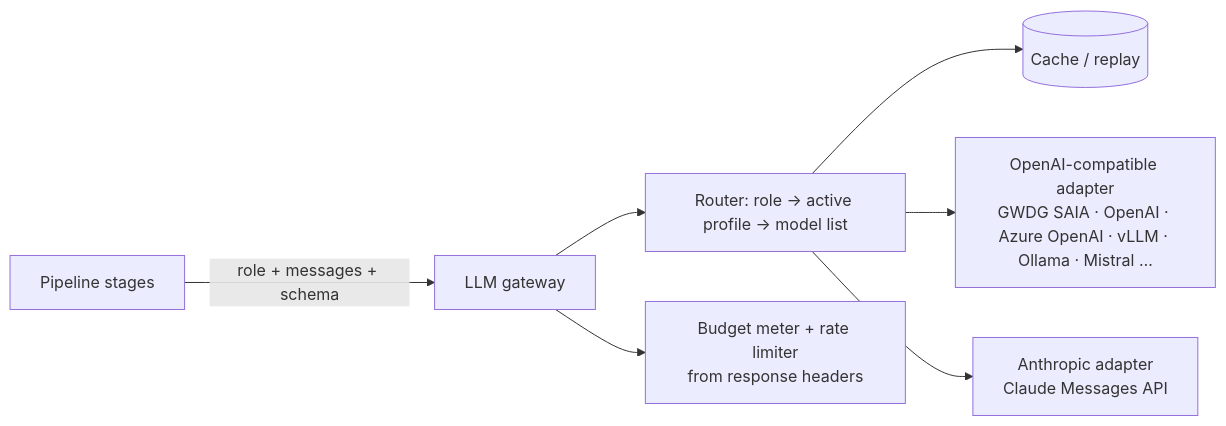
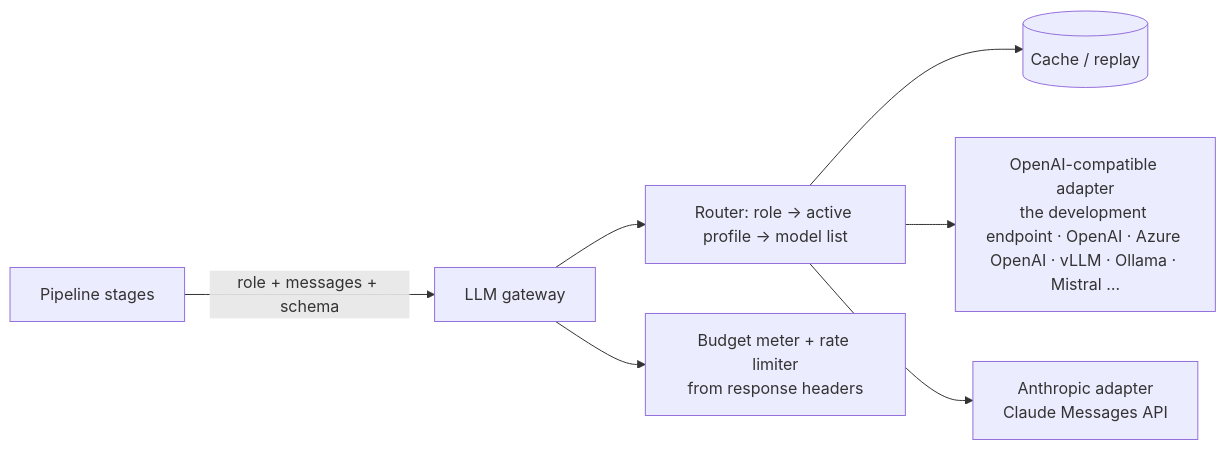
Before and after one commit to m-mahmoud-mohamed/AI-Assistant-for-In-line-Spectroscopy: the second of 2 diagrams in docs/SOLUTION_PLAN.md, drawn with Mermaid. The commit also changed other lines of this file and 22 other files, not shown here.

````diff
--- a/docs/SOLUTION_PLAN.md
+++ b/docs/SOLUTION_PLAN.md
@@ -402,9 +402,9 @@
 ```mermaid
 flowchart LR
   ST[Pipeline stages] -->|role + messages + schema| GW[LLM gateway]
   GW --> RT[Router: role → active profile → model list]
   RT --> CA[(Cache / replay)]
-  RT --> AD1[OpenAI-compatible adapter<br/>GWDG SAIA · OpenAI · Azure OpenAI · vLLM · Ollama · Mistral …]
+  RT --> AD1[OpenAI-compatible adapter<br/>the development endpoint · OpenAI · Azure OpenAI · vLLM · Ollama · Mistral …]
   RT --> AD2[Anthropic adapter<br/>Claude Messages API]
   GW --> BM[Budget meter + rate limiter<br/>from response headers]
 ```
````
